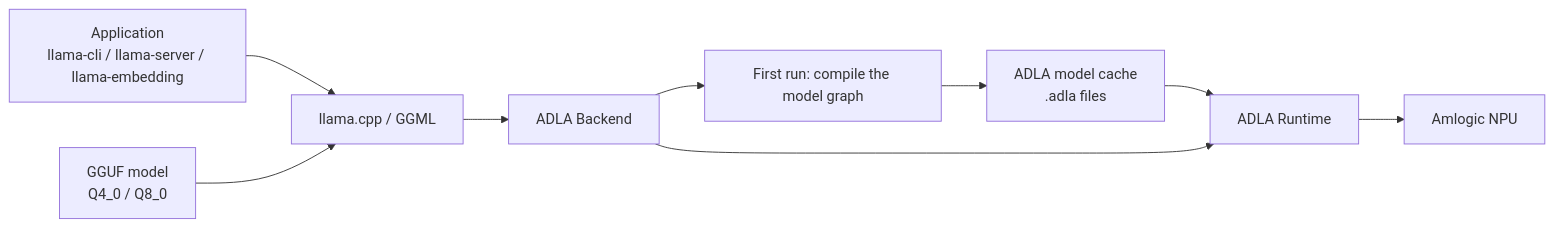
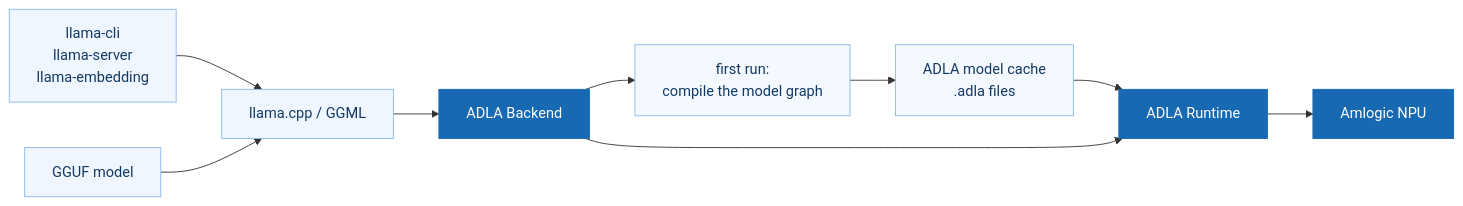
The second of 2 diagrams in README.md (Amlogic-NN/amlnn-llama.cpp), drawn with Mermaid before and after one commit. The commit also changed other lines of this file, not shown here.

Commit message:
Refine flowchart labels in README.md
Updated flowchart labels for clarity and consistency.

````diff
--- a/README.md
+++ b/README.md
@@ -33,11 +33,17 @@
 ```mermaid
 flowchart LR
-    A["Application<br/>llama-cli / llama-server / llama-embedding"] --> B["llama.cpp / GGML"]
-    M["GGUF model<br/>Q4_0 / Q8_0"] --> B
+    A["llama-cli</br> llama-server</br>llama-embedding"] --> B["llama.cpp / GGML"]
+    M["GGUF model"] --> B
     B --> C["ADLA Backend"]
-    C --> D["First run: compile the model graph"]
+    C --> D["first run:</br>compile the model graph"]
     D --> E["ADLA model cache<br/>.adla files"]
     E --> F["ADLA Runtime"]
     C --> F
     F --> G["Amlogic NPU"]
+    classDef model fill:#eff6ff,stroke:#8bb9ec,color:#143a63,stroke-width:1px
+    classDef core fill:#1769b2,stroke:#1769b2,color:#ffffff,stroke-width:1px
+    classDef output fill:#f4f9ff,stroke:#8bb9ec,color:#143a63,stroke-width:1px
+    class A,M,B model
+    class C,F,G core
+    class D,E output
 ```
````
